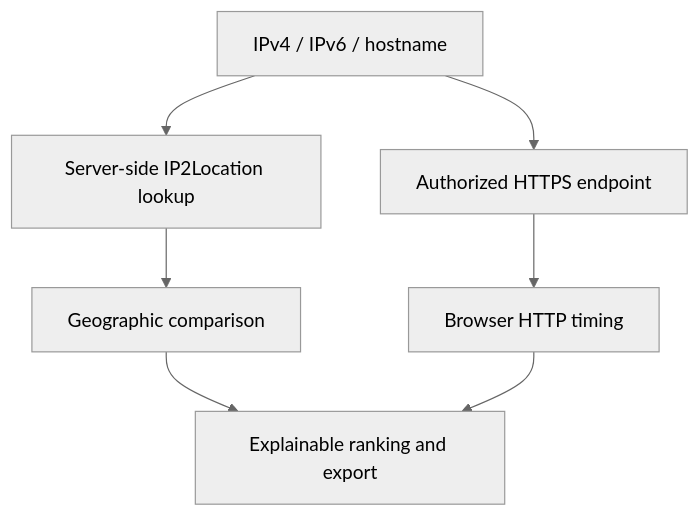
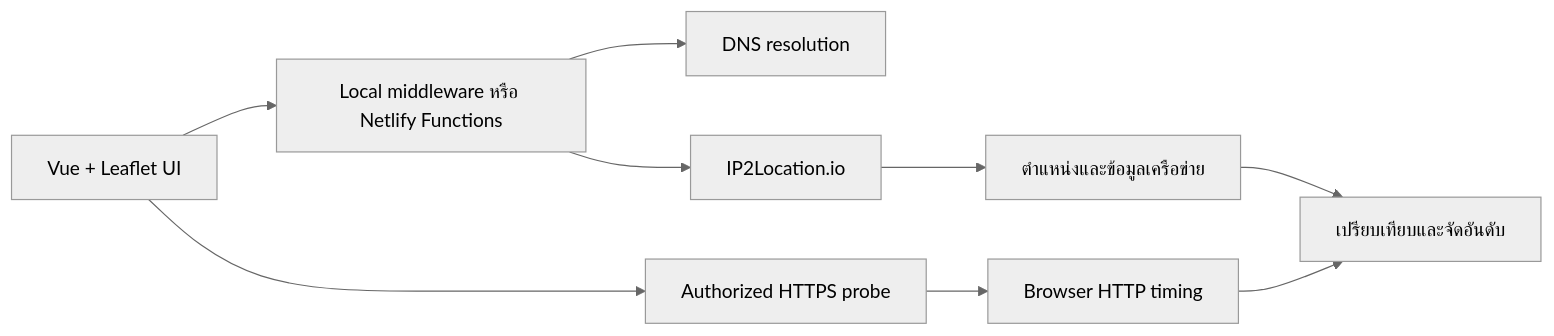
One commit to timor2542/sakurath-geoip2route changed the diagram in README.md. Above: the diagram before and after it, drawn with Mermaid (neutral theme). The commit also changed other lines of this file, not shown here.

````diff
--- a/README.md
+++ b/README.md
@@ -13,9 +155,11 @@
 ```mermaid
-flowchart TD
-  A["IPv4 / IPv6 / hostname"] --> B["Server-side IP2Location lookup"]
-  B --> C["Geographic comparison"]
-  A --> D["Authorized HTTPS endpoint"]
-  D --> E["Browser HTTP timing"]
-  C --> F["Explainable ranking and export"]
-  E --> F
+flowchart LR
+  A[Vue + Leaflet UI] --> B[Local middleware หรือ Netlify Functions]
+  B --> C[DNS resolution]
+  B --> D[IP2Location.io]
+  A --> E[Authorized HTTPS probe]
+  D --> F[ตำแหน่งและข้อมูลเครือข่าย]
+  E --> G[Browser HTTP timing]
+  F --> H[เปรียบเทียบและจัดอันดับ]
+  G --> H
 ```
````
